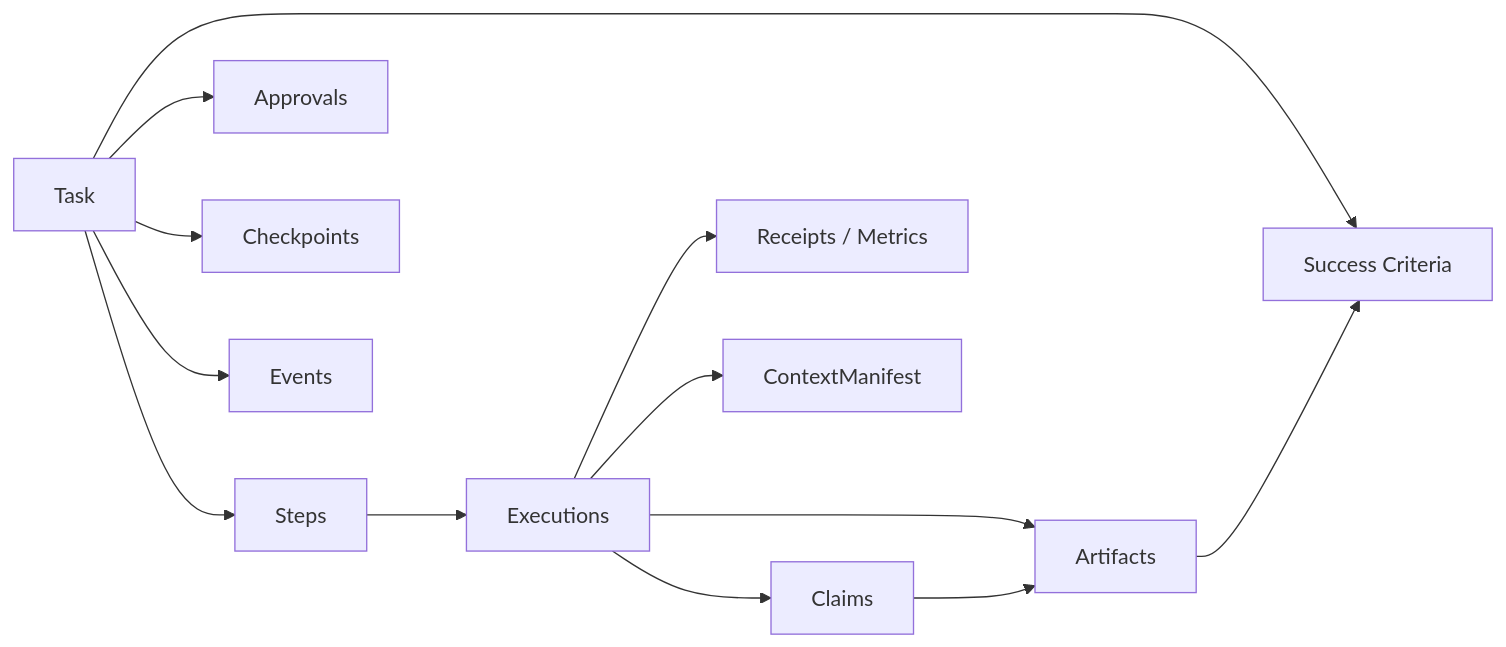
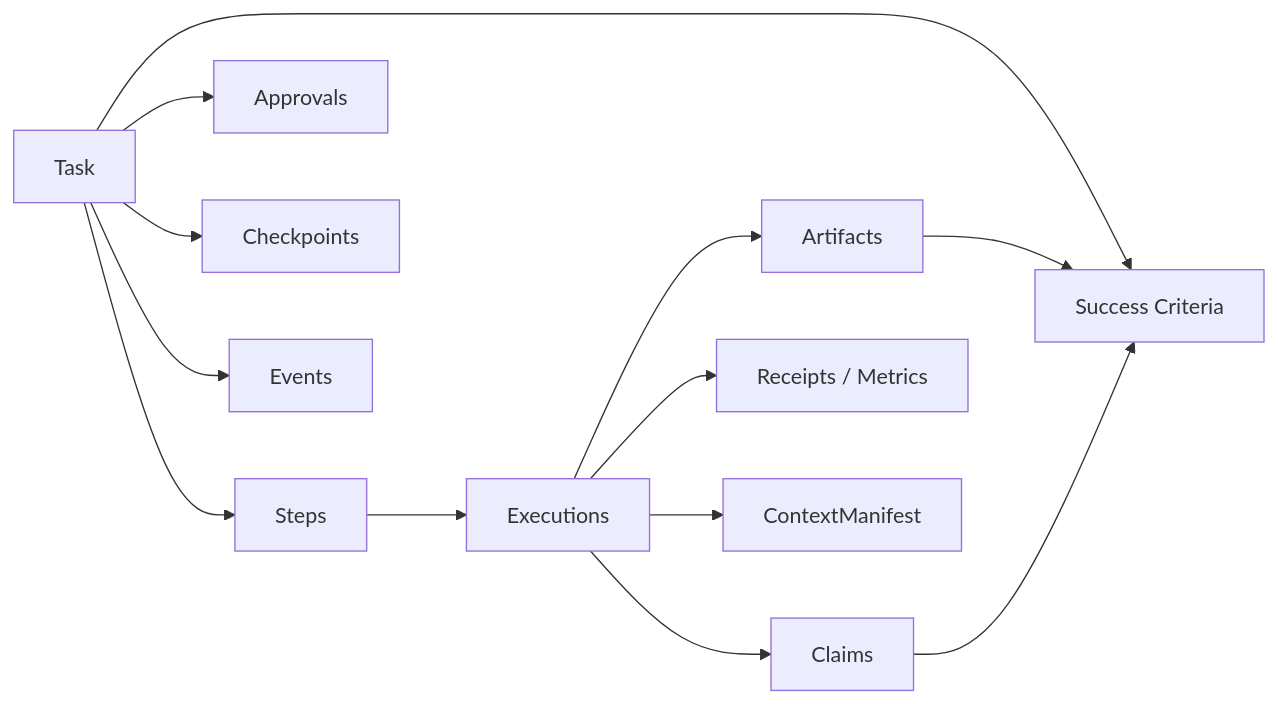
The third of 6 diagrams in README.md (Keeladin/atlas-agent), drawn with Mermaid before and after one commit. The commit also changed other lines of this file, not shown here.

````diff
--- a/README.md
+++ b/README.md
@@ -215,15 +235,15 @@
 ```mermaid
 flowchart LR
     T[Task] --> C[Success Criteria]
     T --> S[Steps]
     S --> E[Executions]
     E --> A[Artifacts]
     E --> CL[Claims]
     E --> R[Receipts / Metrics]
     E --> CM[ContextManifest]
     T --> AP[Approvals]
     T --> CP[Checkpoints]
     T --> EV[Events]
     A --> C
-    CL --> A
+    CL --> C
 ```
````
